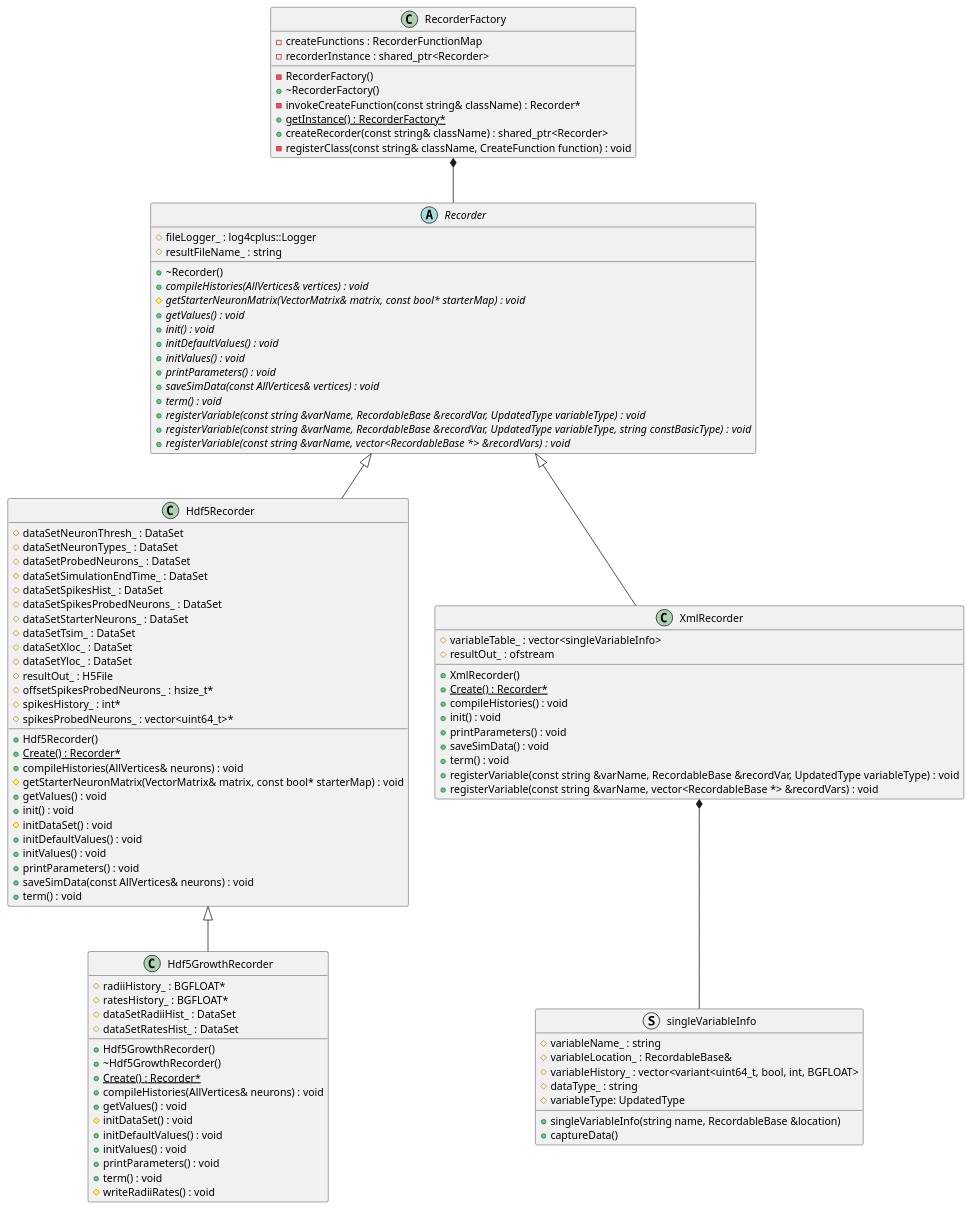
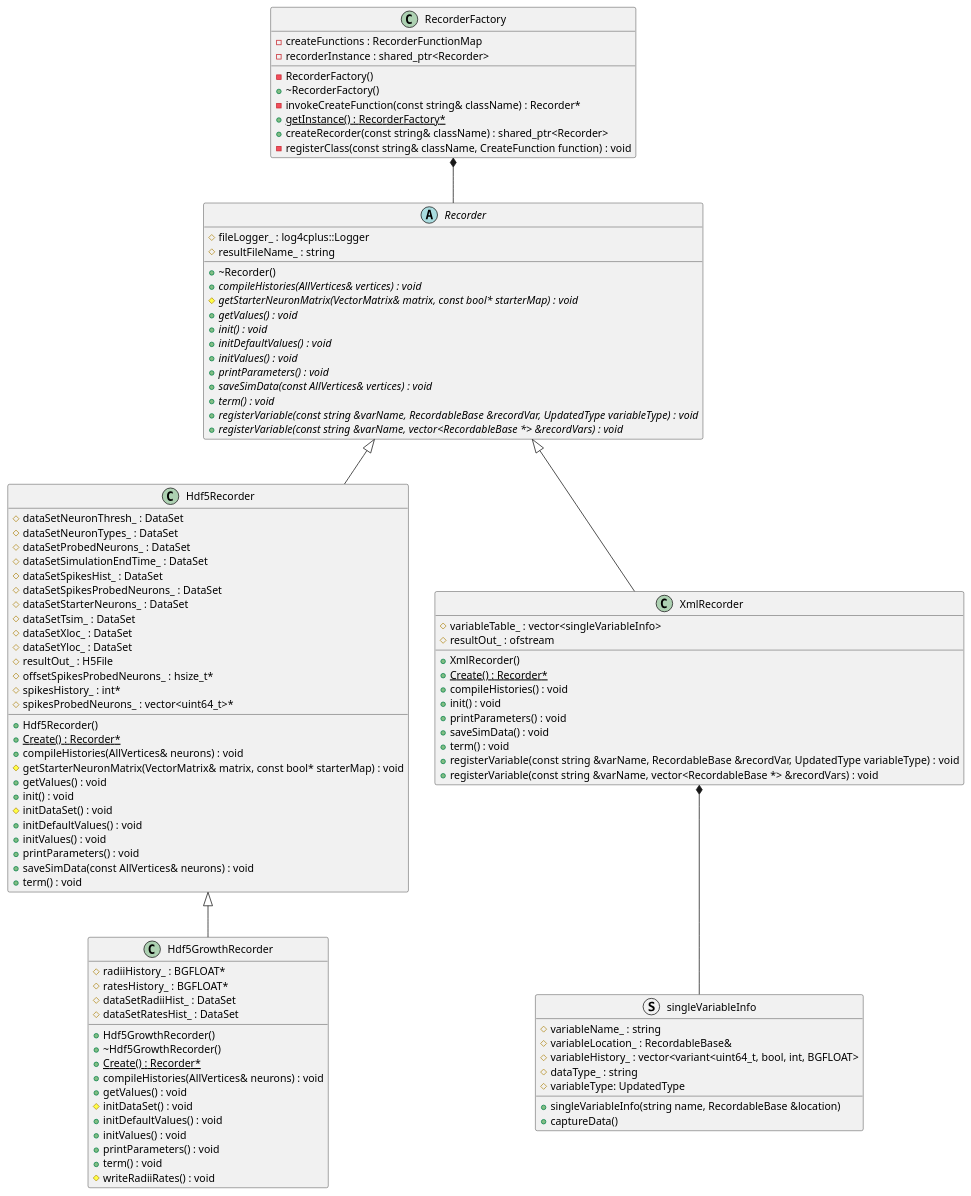
The diagram in docs/Developer/ClassDiagrams/recorder.puml (UWB-Biocomputing/Graphitti), drawn with PlantUML before and after one commit. The commit also changed 20 other files, not shown here.

```diff
--- a/docs/Developer/ClassDiagrams/recorder.puml
+++ b/docs/Developer/ClassDiagrams/recorder.puml
@@ -1,148 +1,147 @@
 @startuml RecorderClassDiagram
 
 
 
 
 
 /' Objects '/
 
 class Hdf5GrowthRecorder {
 	+Hdf5GrowthRecorder()
 	+~Hdf5GrowthRecorder()
 	#radiiHistory_ : BGFLOAT*
 	#ratesHistory_ : BGFLOAT*
 	#dataSetRadiiHist_ : DataSet
 	#dataSetRatesHist_ : DataSet
 	+{static} Create() : Recorder*
 	+compileHistories(AllVertices& neurons) : void
 	+getValues() : void
 	#initDataSet() : void
 	+initDefaultValues() : void
 	+initValues() : void
 	+printParameters() : void
 	+term() : void
 	#writeRadiiRates() : void
 }
 
 
 class Hdf5Recorder {
 	+Hdf5Recorder()
 	#dataSetNeuronThresh_ : DataSet
 	#dataSetNeuronTypes_ : DataSet
 	#dataSetProbedNeurons_ : DataSet
 	#dataSetSimulationEndTime_ : DataSet
 	#dataSetSpikesHist_ : DataSet
 	#dataSetSpikesProbedNeurons_ : DataSet
 	#dataSetStarterNeurons_ : DataSet
 	#dataSetTsim_ : DataSet
 	#dataSetXloc_ : DataSet
 	#dataSetYloc_ : DataSet
 	#resultOut_ : H5File
 	+{static} Create() : Recorder*
 	#offsetSpikesProbedNeurons_ : hsize_t*
 	#spikesHistory_ : int*
 	#spikesProbedNeurons_ : vector<uint64_t>*
 	+compileHistories(AllVertices& neurons) : void
 	#getStarterNeuronMatrix(VectorMatrix& matrix, const bool* starterMap) : void
 	+getValues() : void
 	+init() : void
 	#initDataSet() : void
 	+initDefaultValues() : void
 	+initValues() : void
 	+printParameters() : void
 	+saveSimData(const AllVertices& neurons) : void
 	+term() : void
 }
 
 
 abstract class Recorder {
 	+~Recorder()
 	#fileLogger_ : log4cplus::Logger
 	#resultFileName_ : string
 	+{abstract} compileHistories(AllVertices& vertices) : void
 	#{abstract} getStarterNeuronMatrix(VectorMatrix& matrix, const bool* starterMap) : void
 	+{abstract} getValues() : void
 	+{abstract} init() : void
 	+{abstract} initDefaultValues() : void
 	+{abstract} initValues() : void
 	+{abstract} printParameters() : void
 	+{abstract} saveSimData(const AllVertices& vertices) : void
 	+{abstract} term() : void
 	+{abstract} registerVariable(const string &varName, RecordableBase &recordVar, UpdatedType variableType) : void
-	+{abstract} registerVariable(const string &varName, RecordableBase &recordVar, UpdatedType variableType, string constBasicType) : void
 	+{abstract} registerVariable(const string &varName, vector<RecordableBase *> &recordVars) : void
 }
 
 
 class RecorderFactory {
 	-RecorderFactory()
 	+~RecorderFactory()
 	-invokeCreateFunction(const string& className) : Recorder*
 	+{static} getInstance() : RecorderFactory*
 	-createFunctions : RecorderFunctionMap
 	+createRecorder(const string& className) : shared_ptr<Recorder>
 	-recorderInstance : shared_ptr<Recorder>
 	-registerClass(const string& className, CreateFunction function) : void
 }
 
 
 class XmlRecorder {
 	+XmlRecorder()
 	+{static} Create() : Recorder*
 	#variableTable_ : vector<singleVariableInfo>
 	#resultOut_ : ofstream
 	+compileHistories() : void
 	+init() : void
 	+printParameters() : void
 	+saveSimData() : void
 	+term() : void
 	+registerVariable(const string &varName, RecordableBase &recordVar, UpdatedType variableType) : void
 	+registerVariable(const string &varName, vector<RecordableBase *> &recordVars) : void
 	
 	/' methods only used for unit test 
 	+XmlRecorder(string fileName_)
 	+getVariableName(int numIndex) const : const string&
 	+getSingleVariable(int numIndex) const : &RecordableBase
 	+getHistory() const : const &vector<variant<uint64_t, bool, int, BGFLOAT>>
 	'/
 }
 
 struct singleVariableInfo {
 	#variableName_ : string
 	#variableLocation_ : RecordableBase&
 	#variableHistory_ : vector<variant<uint64_t, bool, int, BGFLOAT>
 	#dataType_ : string
 	#variableType: UpdatedType
 	+singleVariableInfo(string name, RecordableBase &location)
 	+captureData()
 }
 
 
 
 /' Inheritance relationships '/
 
 .Hdf5Recorder <|-- .Hdf5GrowthRecorder
 
 
 .Recorder <|-- .Hdf5Recorder
 
 
 .Recorder <|-- .XmlRecorder
 
 
 /' Aggregation relationships '/
 
 .RecorderFactory *-- .Recorder
 
 /' Composition relationships '/
 
 .XmlRecorder *-- .singleVariableInfo
 
 
 
 
 /' Nested objects '/
 
 
 
 @enduml
```
